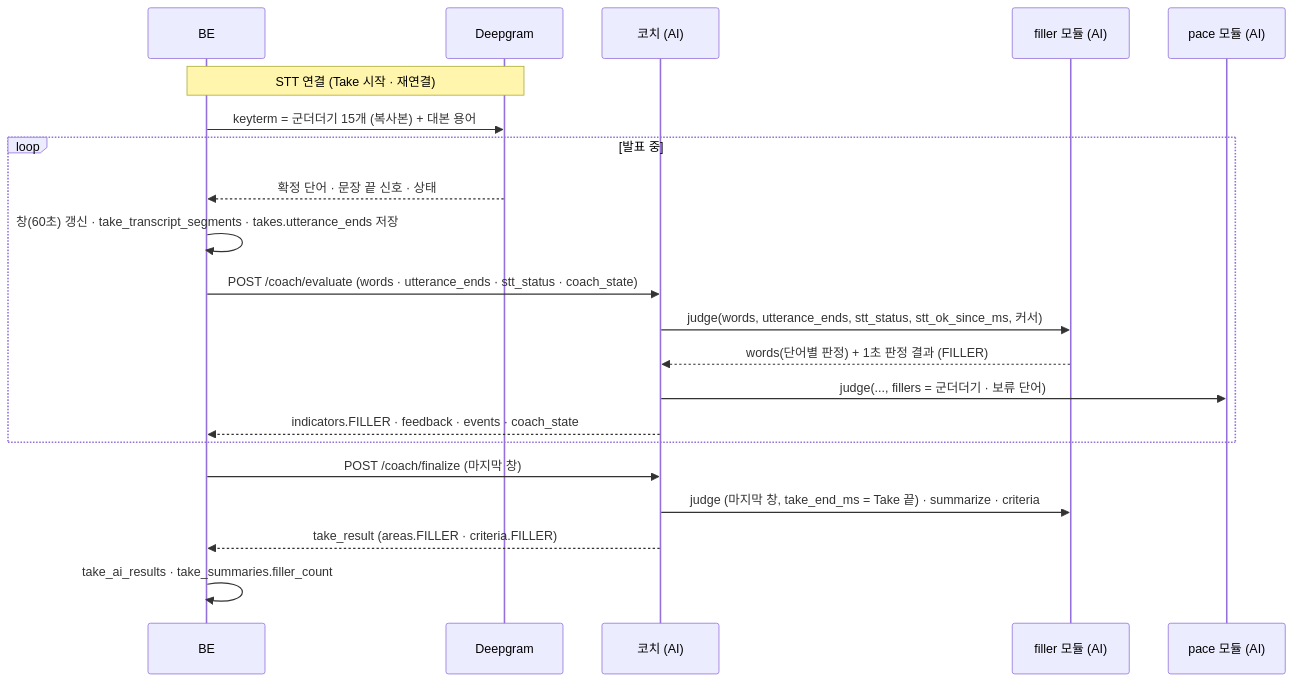
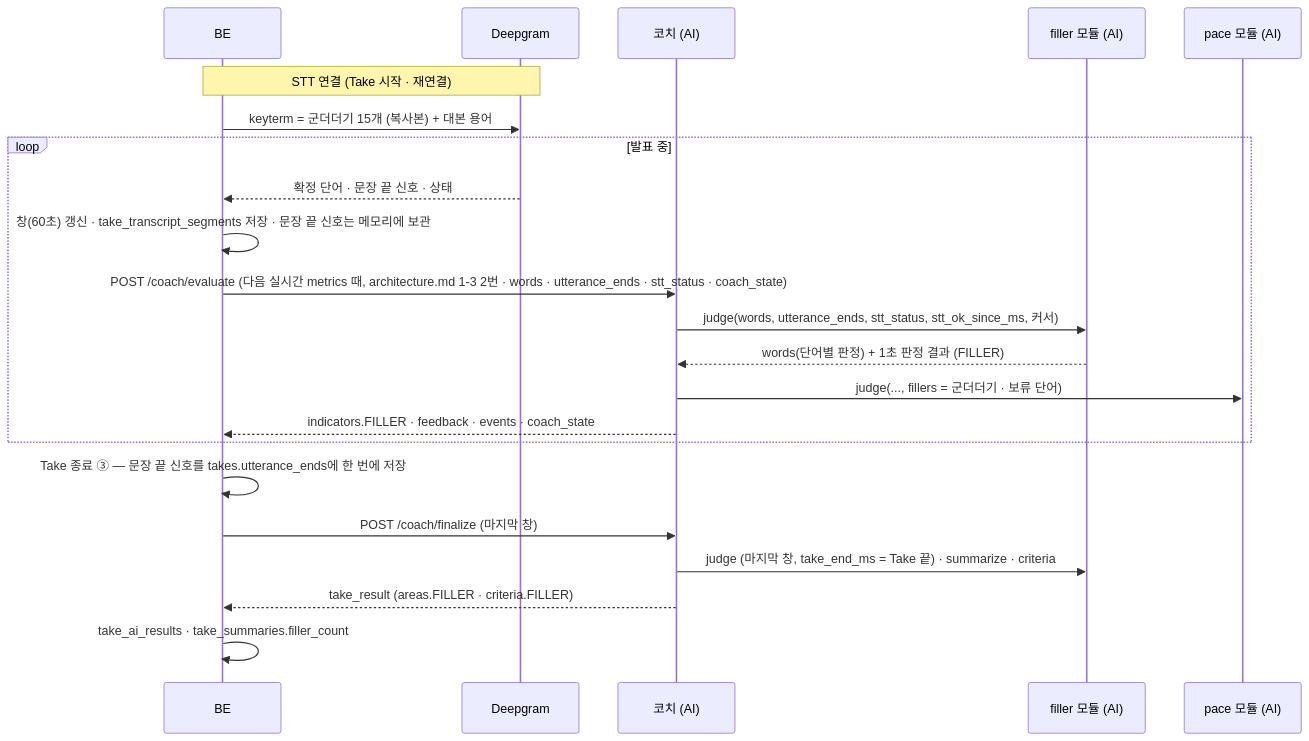
Before and after one commit to kakaotechcampus-4/ktc4-pusan-2: the second of 2 diagrams in docs/ai/features/filler.md, drawn with Mermaid. The commit also changed 4 other files, not shown here.

````diff
--- a/docs/ai/features/filler.md
+++ b/docs/ai/features/filler.md
@@ -360,23 +360,24 @@
 ```mermaid
 sequenceDiagram
     participant BE
     participant DG as Deepgram
     participant C as 코치 (AI)
     participant F as filler 모듈 (AI)
     participant P as pace 모듈 (AI)
     Note over BE,DG: STT 연결 (Take 시작 · 재연결)
     BE->>DG: keyterm = 군더더기 15개 (복사본) + 대본 용어
     loop 발표 중
         DG-->>BE: 확정 단어 · 문장 끝 신호 · 상태
-        BE->>BE: 창(60초) 갱신 · take_transcript_segments · takes.utterance_ends 저장
-        BE->>C: POST /coach/evaluate (words · utterance_ends · stt_status · coach_state)
+        BE->>BE: 창(60초) 갱신 · take_transcript_segments 저장 · 문장 끝 신호는 메모리에 보관
+        BE->>C: POST /coach/evaluate (다음 실시간 metrics 때, architecture.md 1-3 2번 · words · utterance_ends · stt_status · coach_state)
         C->>F: judge(words, utterance_ends, stt_status, stt_ok_since_ms, 커서)
         F-->>C: words(단어별 판정) + 1초 판정 결과 (FILLER)
         C->>P: judge(..., fillers = 군더더기 · 보류 단어)
         C-->>BE: indicators.FILLER · feedback · events · coach_state
     end
+    BE->>BE: Take 종료 ③ — 문장 끝 신호를 takes.utterance_ends에 한 번에 저장
     BE->>C: POST /coach/finalize (마지막 창)
     C->>F: judge (마지막 창, take_end_ms = Take 끝) · summarize · criteria
     C-->>BE: take_result (areas.FILLER · criteria.FILLER)
     BE->>BE: take_ai_results · take_summaries.filler_count
 ```
````
